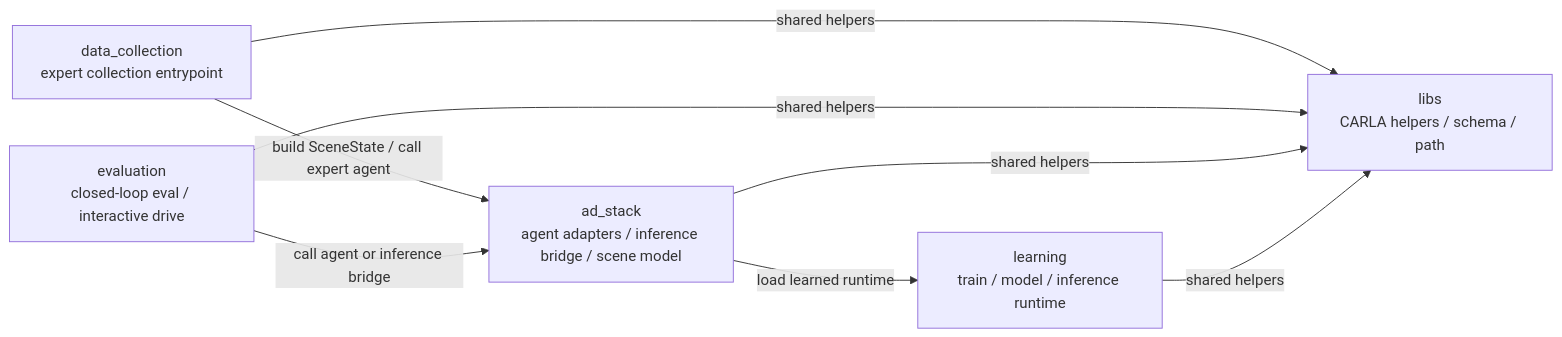
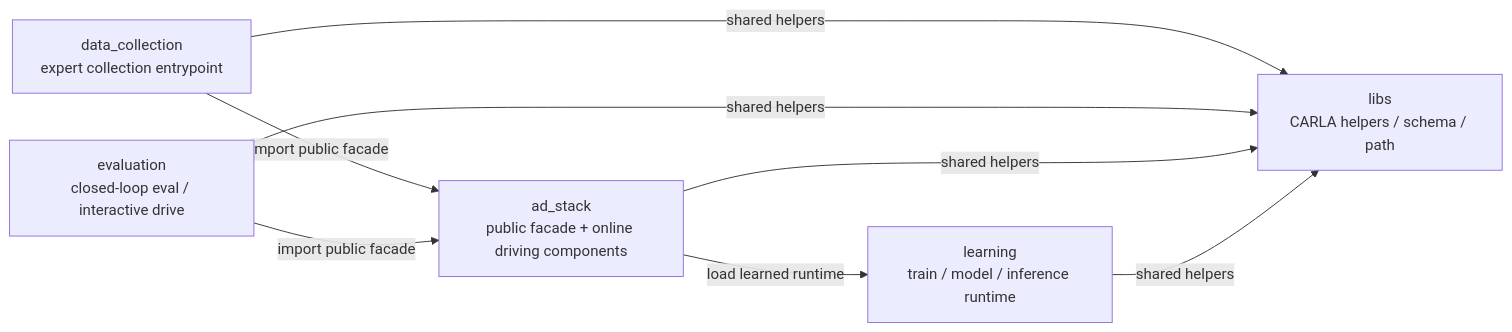
The first of 2 diagrams in docs/DIRECTORY_RELATIONSHIPS.md (masahiro-kubota/carla_alpamayo), drawn with Mermaid before and after one commit. The commit also changed other lines of this file and 6 other files, not shown here.

Commit message:
refactor: expose high-level ad stack facade

````diff
--- a/docs/DIRECTORY_RELATIONSHIPS.md
+++ b/docs/DIRECTORY_RELATIONSHIPS.md
@@ -17,11 +18,11 @@
 ```mermaid
 flowchart LR
-  data_collection["data_collection<br/>expert collection entrypoint"] -->|build SceneState / call expert agent| ad_stack["ad_stack<br/>agent adapters / inference bridge / scene model"]
-  evaluation["evaluation<br/>closed-loop eval / interactive drive"] -->|call agent or inference bridge| ad_stack
+  data_collection["data_collection<br/>expert collection entrypoint"] -->|import public facade| ad_stack["ad_stack<br/>public facade + online driving components"]
+  evaluation["evaluation<br/>closed-loop eval / interactive drive"] -->|import public facade| ad_stack
   ad_stack -->|load learned runtime| learning["learning<br/>train / model / inference runtime"]
 
   data_collection -->|shared helpers| libs["libs<br/>CARLA helpers / schema / path"]
   evaluation -->|shared helpers| libs
   ad_stack -->|shared helpers| libs
   learning -->|shared helpers| libs
 ```
````
